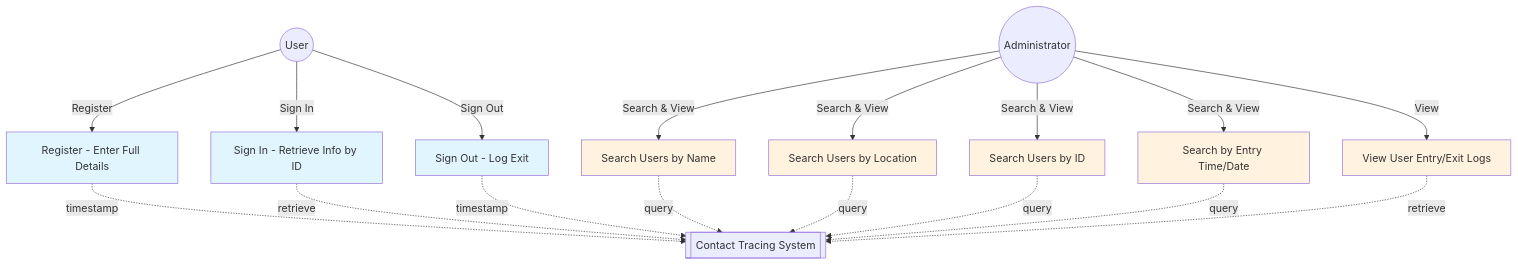
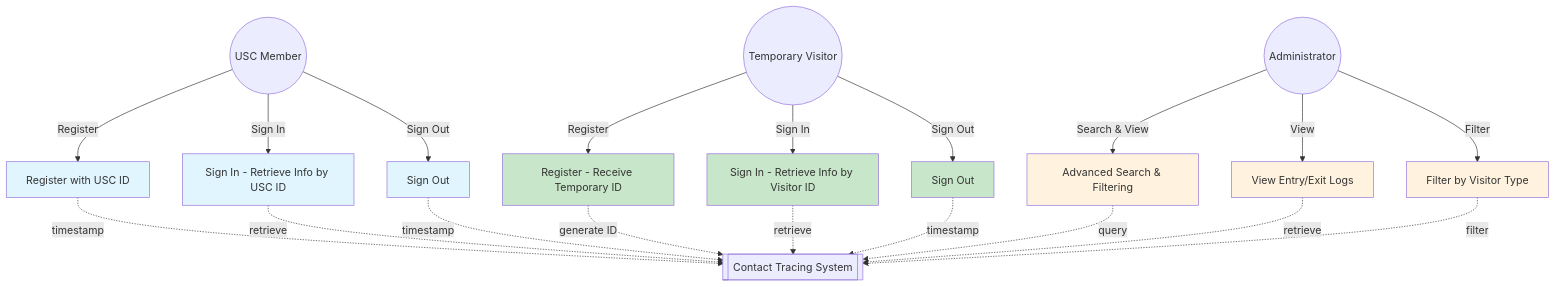
Before and after one commit to OlegAngelo/contact-tracing-app: the first of 2 diagrams in README.md, drawn with Mermaid. The commit also changed other lines of this file, not shown here.

Commit message:
finalize readme to match current system

````diff
--- a/README.md
+++ b/README.md
@@ -11,34 +16,39 @@
 ```mermaid
 graph TB
-    User((User))
+    USCMember((USC Member))
+    Visitor((Temporary Visitor))
     Admin((Administrator))
     System[["Contact Tracing System"]]
 
-    User -->|Register| UC1["Register - Enter Full Details"]
-    User -->|Sign In| UC2["Sign In - Retrieve Info by ID"]
-    User -->|Sign Out| UC3["Sign Out - Log Exit"]
+    USCMember -->|Register| UC1["Register with USC ID"]
+    USCMember -->|Sign In| UC2["Sign In - Retrieve Info by USC ID"]
+    USCMember -->|Sign Out| UC3["Sign Out"]
 
-    Admin -->|Search & View| UC4["Search Users by Name"]
-    Admin -->|Search & View| UC5["Search Users by Location"]
-    Admin -->|Search & View| UC6["Search Users by ID"]
-    Admin -->|Search & View| UC7["Search by Entry Time/Date"]
-    Admin -->|View| UC8["View User Entry/Exit Logs"]
+    Visitor -->|Register| UC4["Register - Receive Temporary ID"]
+    Visitor -->|Sign In| UC5["Sign In - Retrieve Info by Visitor ID"]
+    Visitor -->|Sign Out| UC6["Sign Out"]
+
+    Admin -->|Search & View| UC7["Advanced Search & Filtering"]
+    Admin -->|View| UC8["View Entry/Exit Logs"]
+    Admin -->|Filter| UC9["Filter by Visitor Type"]
 
     UC1 -.->|timestamp| System
     UC2 -.->|retrieve| System
     UC3 -.->|timestamp| System
-    UC4 -.->|query| System
-    UC5 -.->|query| System
-    UC6 -.->|query| System
+    UC4 -.->|generate ID| System
+    UC5 -.->|retrieve| System
+    UC6 -.->|timestamp| System
     UC7 -.->|query| System
     UC8 -.->|retrieve| System
+    UC9 -.->|filter| System
 
     style UC1 fill:#e1f5ff
     style UC2 fill:#e1f5ff
     style UC3 fill:#e1f5ff
-    style UC4 fill:#fff3e0
-    style UC5 fill:#fff3e0
-    style UC6 fill:#fff3e0
+    style UC4 fill:#c8e6c9
+    style UC5 fill:#c8e6c9
+    style UC6 fill:#c8e6c9
     style UC7 fill:#fff3e0
     style UC8 fill:#fff3e0
+    style UC9 fill:#fff3e0
 ```
````
